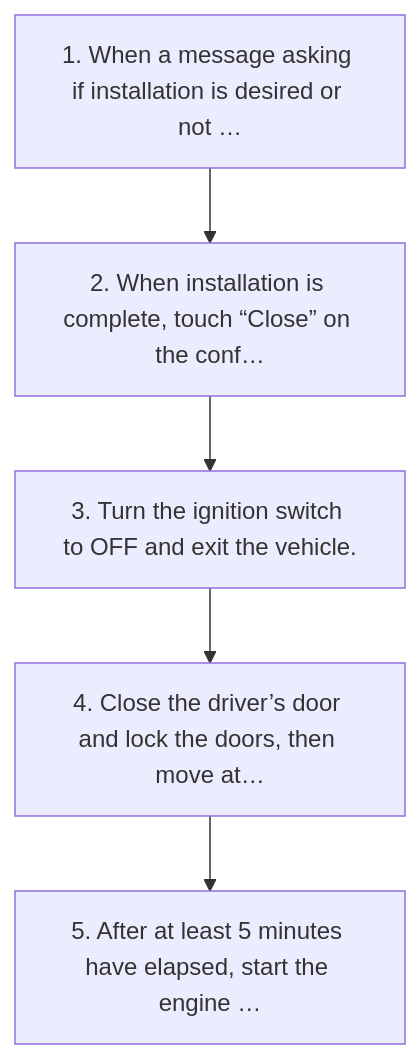
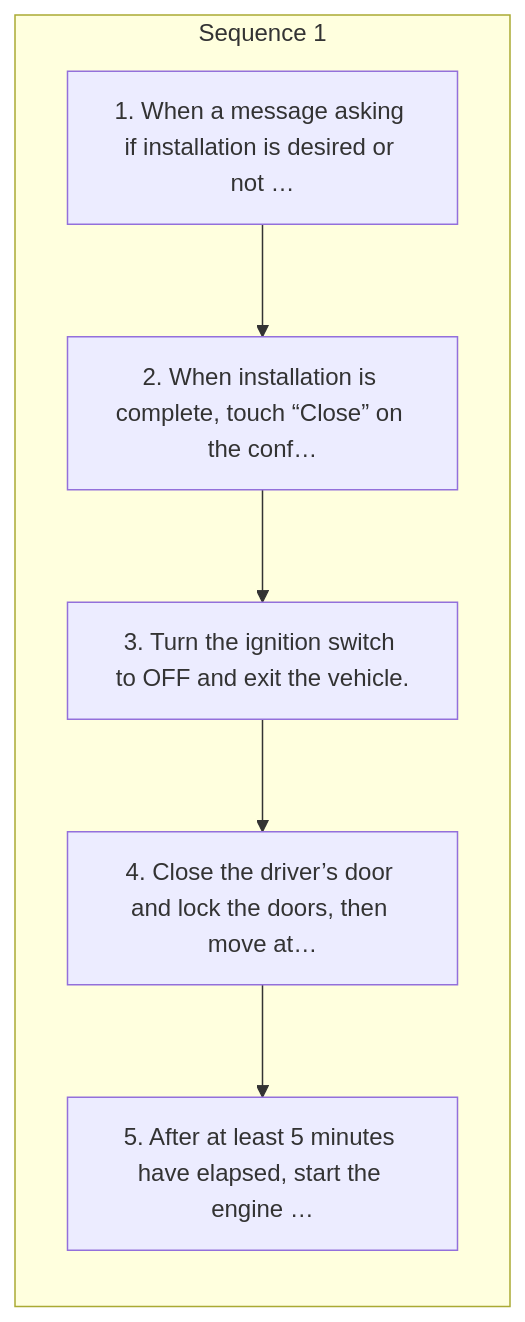
The diagram in workspace/subaru/outback-2026/ivi/published/settings/13-update-installation.md (Chieko-Y/my-spec-generator), drawn with Mermaid before and after one commit. The commit also changed other lines of this file and 268 other files, not shown here.

````diff
--- a/workspace/subaru/outback-2026/ivi/published/settings/13-update-installation.md
+++ b/workspace/subaru/outback-2026/ivi/published/settings/13-update-installation.md
@@ -9,12 +9,15 @@
 ```mermaid
 flowchart TD
-    S1["1. When a message asking if installation is desired or not …"]
-    S2["2. When installation is complete, touch “Close” on the conf…"]
-    S3["3. Turn the ignition switch to OFF and exit the vehicle."]
-    S4["4. Close the driver’s door and lock the doors, then move at…"]
-    S5["5. After at least 5 minutes have elapsed, start the engine …"]
-    S1 --> S2
-    S2 --> S3
-    S3 --> S4
-    S4 --> S5
+    subgraph SEQ1["Sequence 1"]
+    direction TB
+    S1_1["1. When a message asking if installation is desired or not …"]
+    S1_2["2. When installation is complete, touch “Close” on the conf…"]
+    S1_3["3. Turn the ignition switch to OFF and exit the vehicle."]
+    S1_4["4. Close the driver’s door and lock the doors, then move at…"]
+    S1_5["5. After at least 5 minutes have elapsed, start the engine …"]
+    S1_1 --> S1_2
+    S1_2 --> S1_3
+    S1_3 --> S1_4
+    S1_4 --> S1_5
+    end
 ```
````
